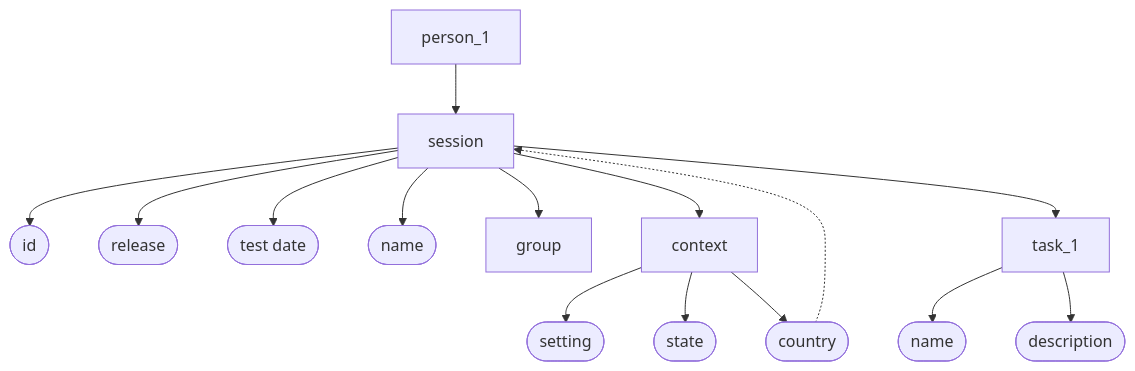
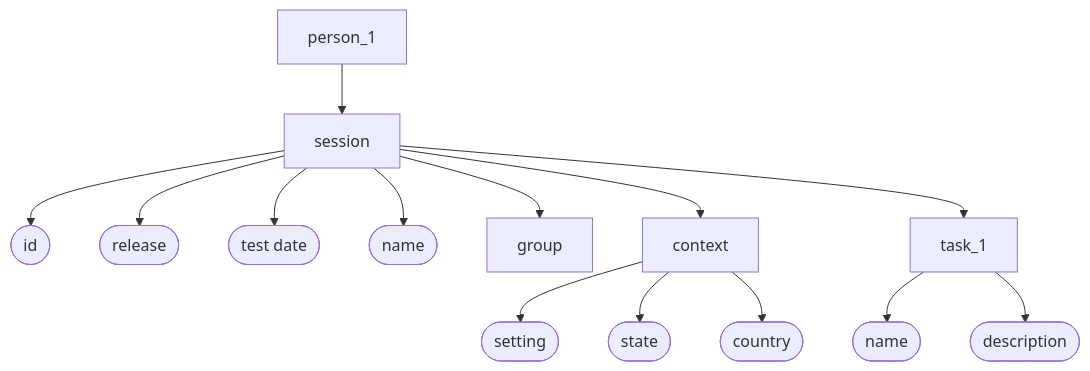
One commit to gilmore-lab/2024-08-27-montrose changed the second of 6 diagrams in index.qmd. Above: the diagram before and after it, drawn with Mermaid. The commit also changed other lines of this file and 7 other files, not shown here.

````diff
--- a/index.qmd
+++ b/index.qmd
@@ -34,17 +34,16 @@
 ```{mermaid}
 flowchart TD
   E[person_1] --> A[session]
-  N[person_2] -.-> A
   A --> G([id])
   A --> I([release])
   A --> F([test date])
   A --> H([name])
   A --> B[group]
   A --> D[context]
   D --> L([setting])
   D --> M([state])
   D --> N([country])
   A --> C[task_1]
   C --> J([name])
   C --> K([description])
 ```
````
